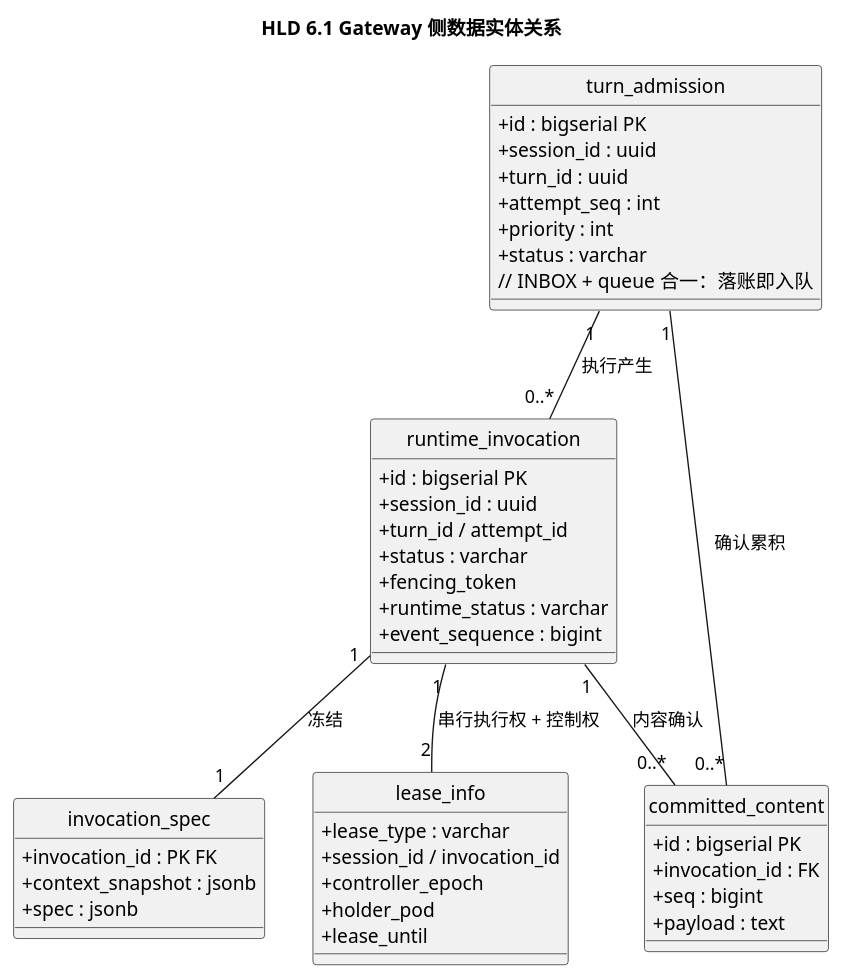
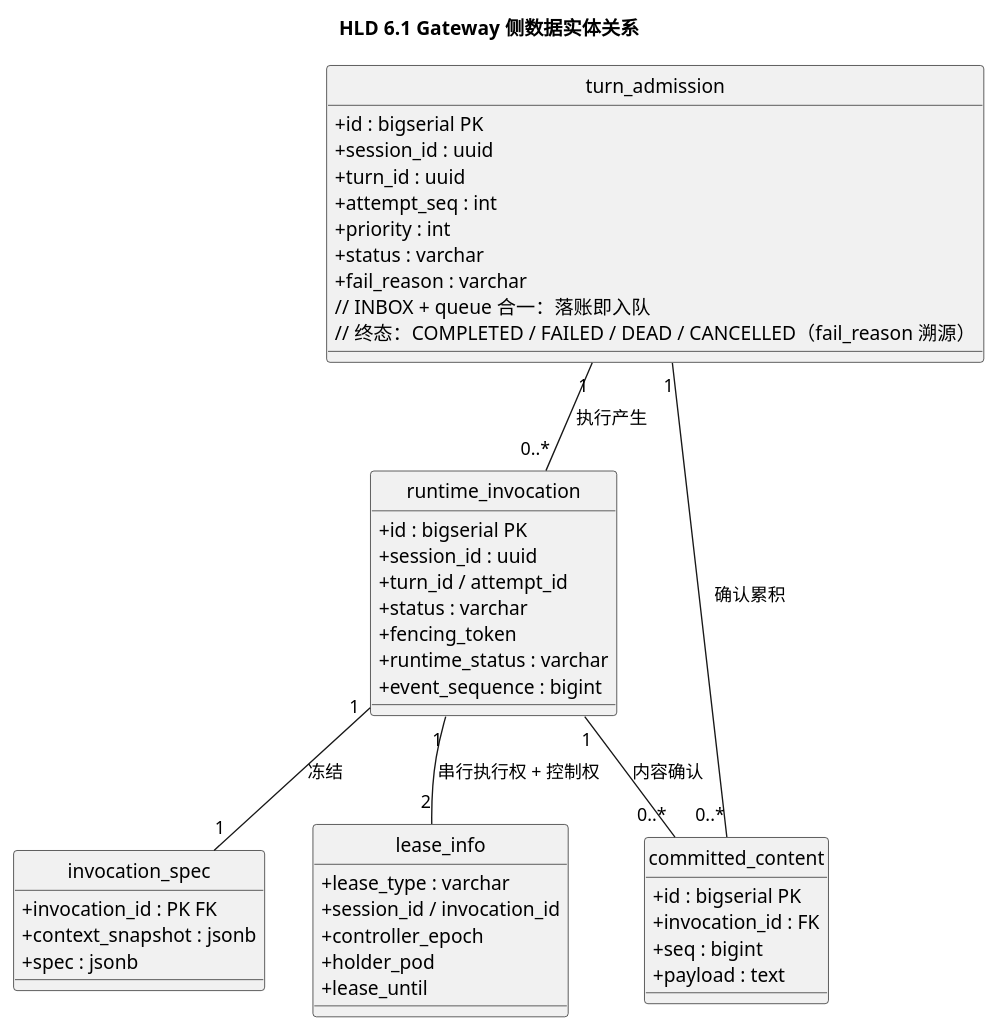
Before and after one commit to JamesLi-NLP/AgentGateway: the sixth of 7 diagrams in design/diagrams/plantuml/turn-scheduler-hld.puml, drawn with PlantUML. The commit also changed other lines of this file and 13 other files, not shown here.

```diff
--- a/design/diagrams/plantuml/turn-scheduler-hld.puml
+++ b/design/diagrams/plantuml/turn-scheduler-hld.puml
@@ -194,50 +197,52 @@
 @startuml hld-61-er
 title HLD 6.1 Gateway 侧数据实体关系
 skinparam backgroundColor white
 skinparam defaultFontName "Microsoft YaHei"
 hide circle
 skinparam classAttributeIconSize 0
 
 class "turn_admission" as ADM {
   + id : bigserial PK
   + session_id : uuid
   + turn_id : uuid
   + attempt_seq : int
   + priority : int
   + status : varchar
+  + fail_reason : varchar
   // INBOX + queue 合一：落账即入队
+  // 终态：COMPLETED / FAILED / DEAD / CANCELLED（fail_reason 溯源）
 }
 class "runtime_invocation" as INV {
   + id : bigserial PK
   + session_id : uuid
   + turn_id / attempt_id
   + status : varchar
   + fencing_token
   + runtime_status : varchar
   + event_sequence : bigint
 }
 class "invocation_spec" as SPEC {
   + invocation_id : PK FK
   + context_snapshot : jsonb
   + spec : jsonb
 }
 class "lease_info" as LEASE {
   + lease_type : varchar
   + session_id / invocation_id
   + controller_epoch
   + holder_pod
   + lease_until
 }
 class "committed_content" as CONTENT {
   + id : bigserial PK
   + invocation_id : FK
   + seq : bigint
   + payload : text
 }
 
 ADM "1" -- "0..*" INV : 执行产生
 ADM "1" -- "0..*" CONTENT : 确认累积
 INV "1" -- "1" SPEC : 冻结
 INV "1" -- "2" LEASE : 串行执行权 + 控制权
 INV "1" -- "0..*" CONTENT : 内容确认
 @enduml
```
